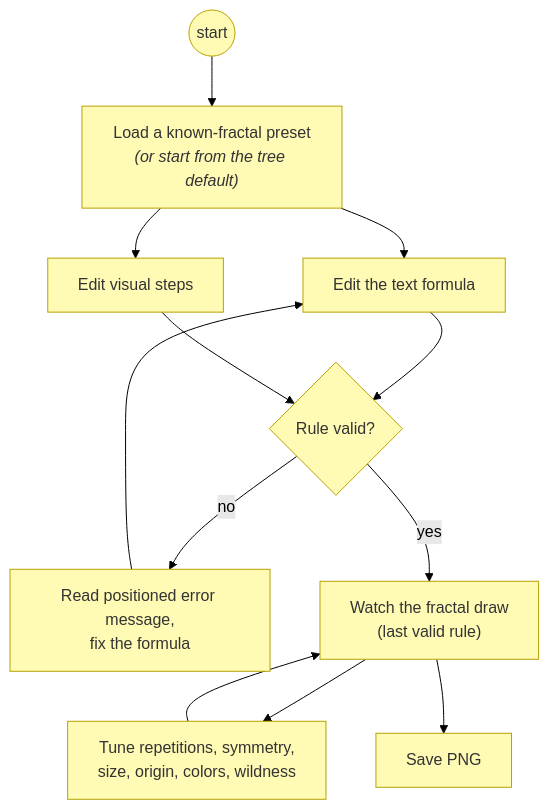
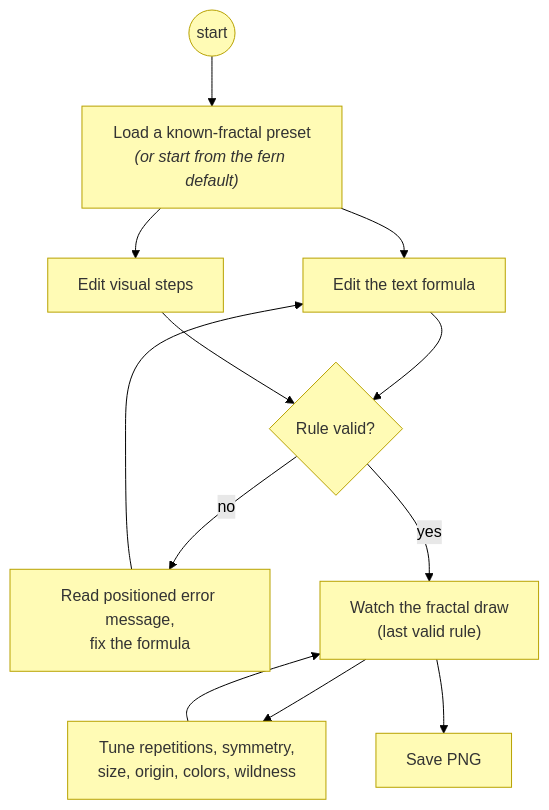
One commit to roanboc/fractal-tree-generator changed the second of 3 diagrams in docs/ea/2_business/3_business-processes.md. Above: the diagram before and after it, drawn with Mermaid (forest theme). The commit also changed 9 other files, not shown here.

First line of the commit message:
feat: bridge chapters 3→4→5, fern default preset, control affordance

````diff
--- a/docs/ea/2_business/3_business-processes.md
+++ b/docs/ea/2_business/3_business-processes.md
@@ -43,23 +43,23 @@
 ```mermaid
 flowchart TB
   start(("start")):::business
-  preset["Load a known-fractal preset<br><i>(or start from the tree default)</i>"]:::business
+  preset["Load a known-fractal preset<br><i>(or start from the fern default)</i>"]:::business
   editT["Edit the text formula"]:::business
   editB["Edit visual steps"]:::business
   val{"Rule valid?"}:::business
   fix["Read positioned error message,<br>fix the formula"]:::business
   draw["Watch the fractal draw<br>(last valid rule)"]:::business
   tune["Tune repetitions, symmetry,<br>size, origin, colors, wildness"]:::business
   save["Save PNG"]:::business
 
   start --> preset
   preset --> editT
   preset --> editB
   editT --> val
   editB --> val
   val -->|no| fix --> editT
   val -->|yes| draw --> tune --> draw
   draw --> save
 
   classDef business fill:#fffbb5,stroke:#b8a200,color:#333
 ```
````
